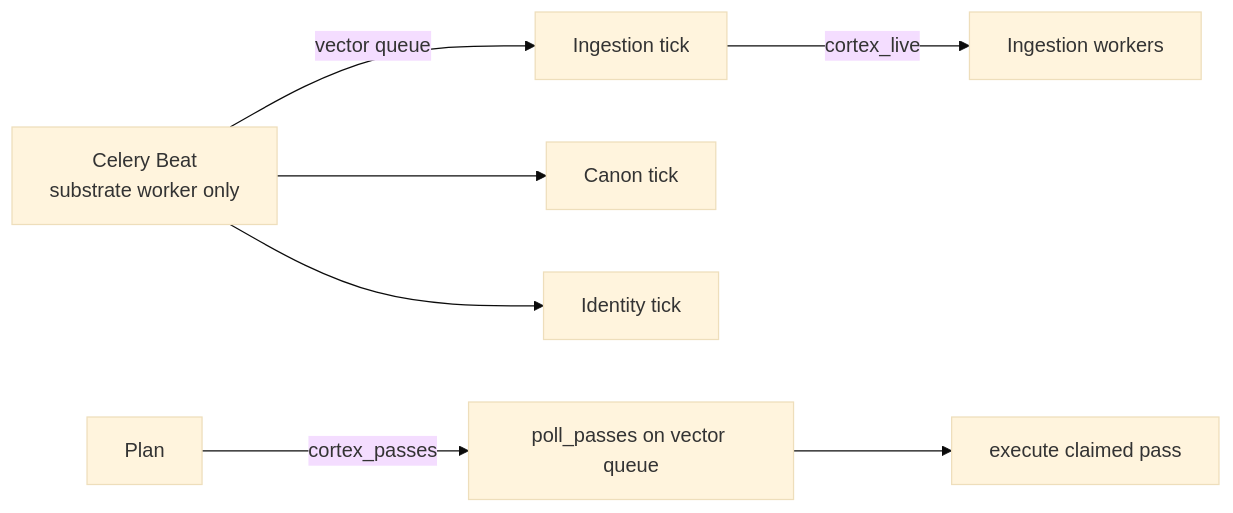
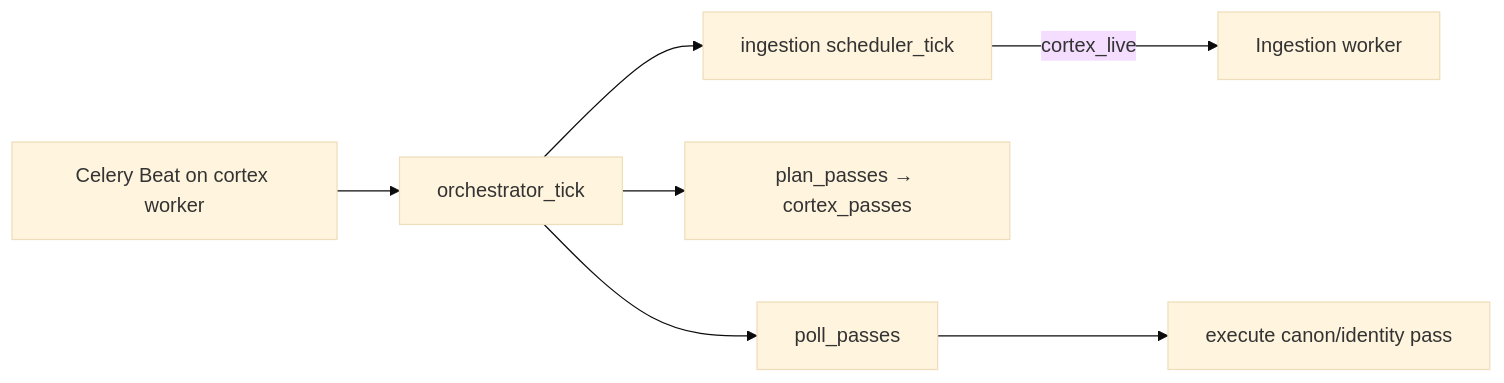
The diagram in DOCS/cortex/scheduler-beat-tick-v1.md (CozyTibo/vector), drawn with Mermaid (base theme) before and after one commit. The commit also changed 11 other files, not shown here.

First line of the commit message:
Cortex operational runtime phase 4: unified orchestrator and admin ops.

````diff
--- a/DOCS/cortex/scheduler-beat-tick-v1.md
+++ b/DOCS/cortex/scheduler-beat-tick-v1.md
@@ -7,9 +7,9 @@
 ```mermaid
 flowchart LR
-  Beat[Celery Beat<br/>substrate worker only] -->|vector queue| IT[Ingestion tick]
-  Beat --> CT[Canon tick]
-  Beat --> IDT[Identity tick]
-  IT -->|cortex_live| Ing[Ingestion workers]
-  Plan -->|cortex_passes| Poll[poll_passes on vector queue]
-  Poll --> Exec[execute claimed pass]
+  Beat[Celery Beat on cortex worker] --> Orch[orchestrator_tick]
+  Orch --> IT[ingestion scheduler_tick]
+  Orch --> Plan[plan_passes → cortex_passes]
+  Orch --> Poll[poll_passes]
+  IT -->|cortex_live| Ing[Ingestion worker]
+  Poll --> Exec[execute canon/identity pass]
 ```
````
